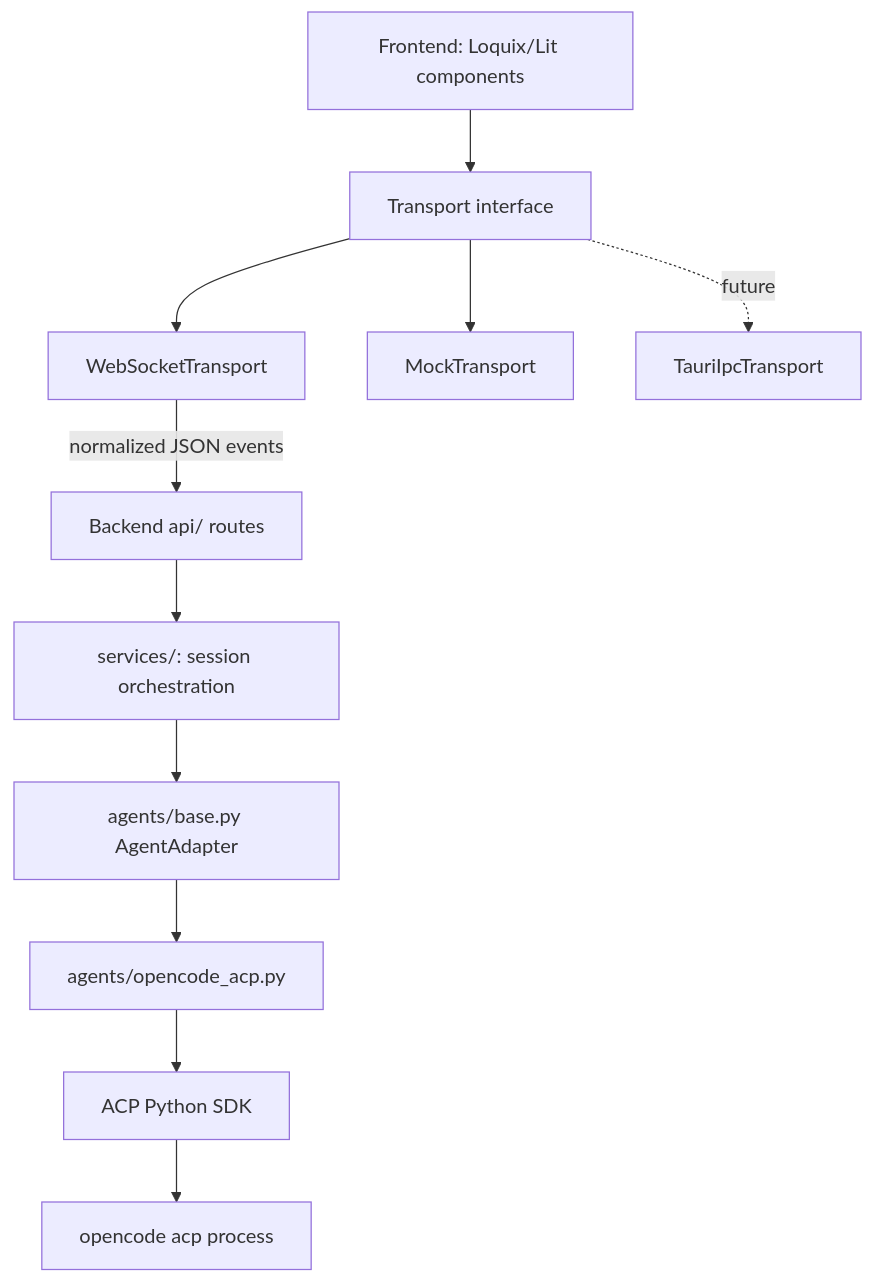
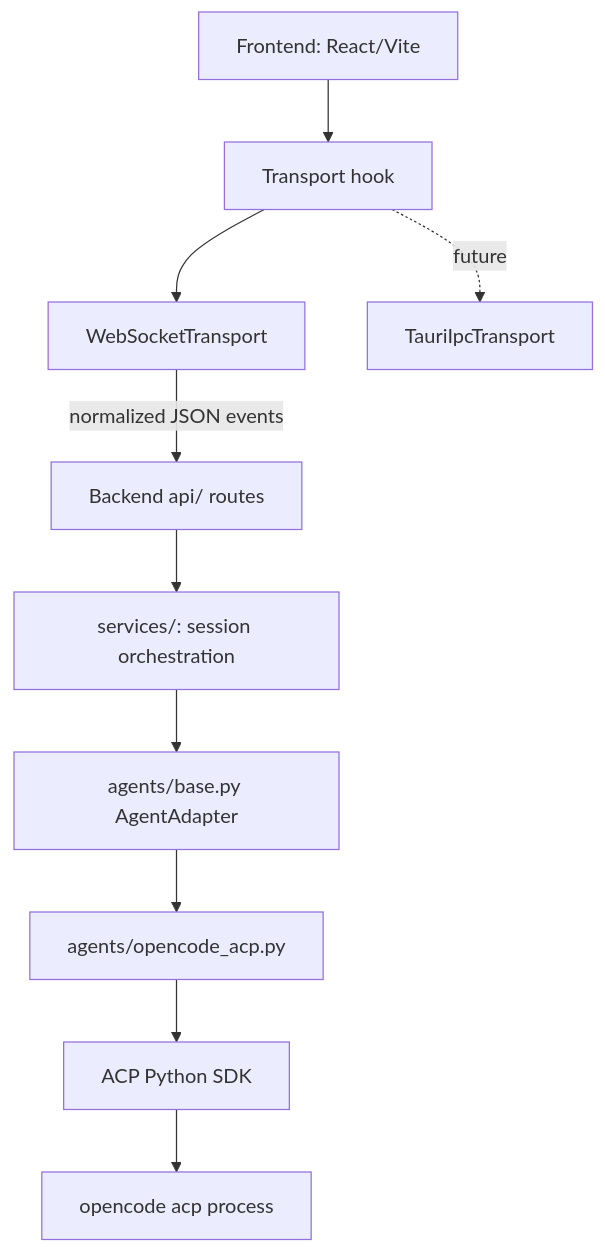
Before and after one commit to Rajendertyagi/RTAi: the first of 3 diagrams in docs/ARCHITECTURE.md, drawn with Mermaid. The commit also changed other lines of this file and 11 other files, not shown here.

````diff
--- a/docs/ARCHITECTURE.md
+++ b/docs/ARCHITECTURE.md
@@ -8,13 +8,12 @@
 ```mermaid
 graph TD
-    UI[Frontend: Loquix/Lit components] --> T[Transport interface]
+    UI[Frontend: React/Vite] --> T[Transport hook]
     T --> WS[WebSocketTransport]
-    T --> M[MockTransport]
     T -.future.-> TAURI[TauriIpcTransport]
     WS -->|normalized JSON events| API[Backend api/ routes]
     API --> S[services/: session orchestration]
     S --> A[agents/base.py AgentAdapter]
     A --> OC[agents/opencode_acp.py]
     OC --> ACP[ACP Python SDK]
     ACP --> PROC[opencode acp process]
 ```
````
